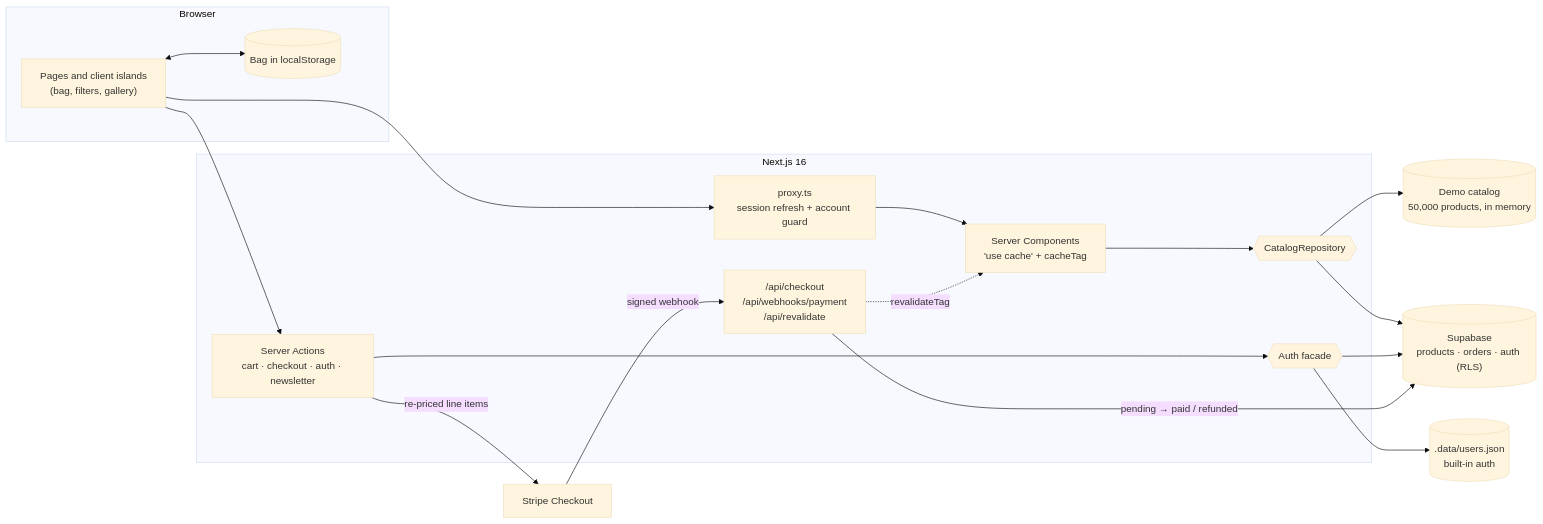
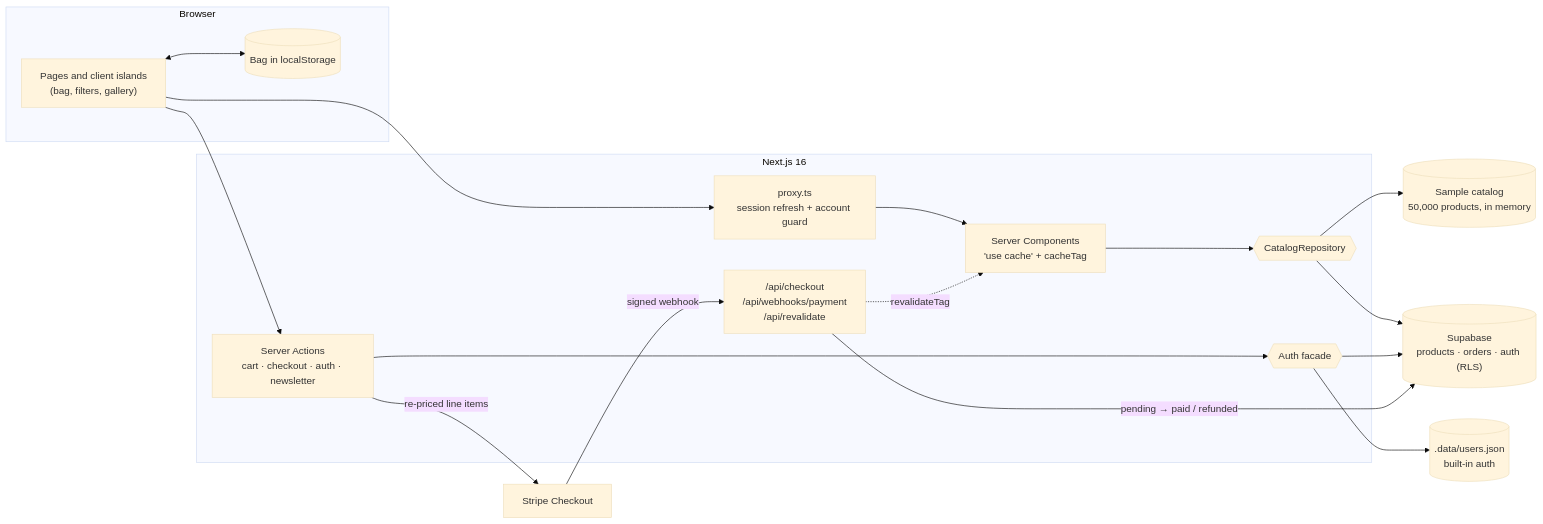
The diagram in README.md (Areal-G/velour-skin), drawn with Mermaid (base theme) before and after one commit. The commit also changed other lines of this file and 14 other files, not shown here.

````diff
--- a/README.md
+++ b/README.md
@@ -131,35 +119,35 @@
 ```mermaid
 flowchart LR
   subgraph Browser
     UI["Pages and client islands<br/>(bag, filters, gallery)"]
     CART[("Bag in localStorage")]
   end
 
   subgraph Next["Next.js 16"]
     PROXY["proxy.ts<br/>session refresh + account guard"]
     RSC["Server Components<br/>'use cache' + cacheTag"]
     ACT["Server Actions<br/>cart · checkout · auth · newsletter"]
     API["/api/checkout<br/>/api/webhooks/payment<br/>/api/revalidate"]
     REPO{{"CatalogRepository"}}
     AUTH{{"Auth facade"}}
   end
 
-  DEMO[("Demo catalog<br/>50,000 products, in memory")]
+  MEMORY[("Sample catalog<br/>50,000 products, in memory")]
   SB[("Supabase<br/>products · orders · auth (RLS)")]
   LOCAL[(".data/users.json<br/>built-in auth")]
   STRIPE["Stripe Checkout"]
 
   UI --> PROXY --> RSC
   UI --> ACT
   UI <--> CART
   RSC --> REPO
-  REPO --> DEMO
+  REPO --> MEMORY
   REPO --> SB
   ACT --> AUTH
   AUTH --> LOCAL
   AUTH --> SB
   ACT -- "re-priced line items" --> STRIPE
   STRIPE -- "signed webhook" --> API
   API -- "pending → paid / refunded" --> SB
   API -. "revalidateTag" .-> RSC
 ```
````
